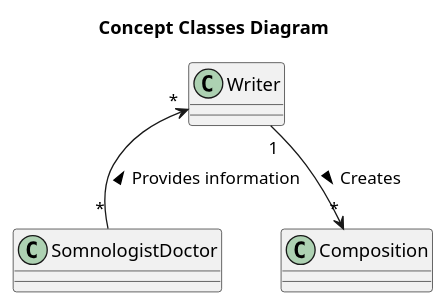
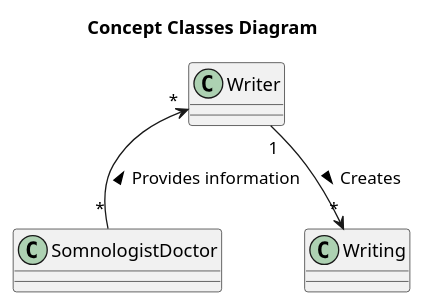
One commit to oleksandrblazhko/ai202-polyanskij changed the diagram in 2-SoftwareDesign/2.7-PlantUML/UML-ConceptClasses.puml. Above: the diagram before and after it, drawn with PlantUML.

```diff
--- a/2-SoftwareDesign/2.7-PlantUML/UML-ConceptClasses.puml
+++ b/2-SoftwareDesign/2.7-PlantUML/UML-ConceptClasses.puml
@@ -1,15 +1,15 @@
 @startuml
 
 title Concept Classes Diagram 
 
 
 
 Class Writer
 Class SomnologistDoctor
-Class Composition
+Class Writing
 
-Writer"1" --> "*" Composition : Creates >
+Writer"1" --> "*" Writing : Creates >
 
 Writer"*" <-- "*" SomnologistDoctor : Provides information <
 
 @enduml
```
